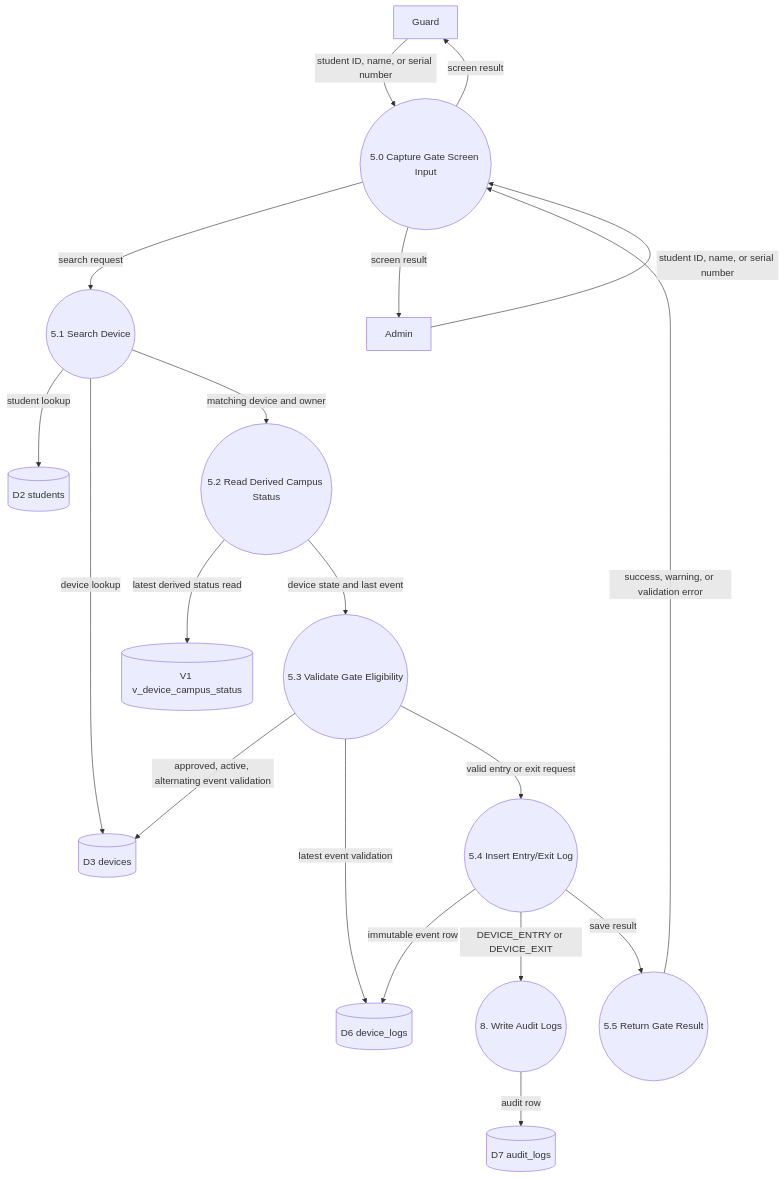
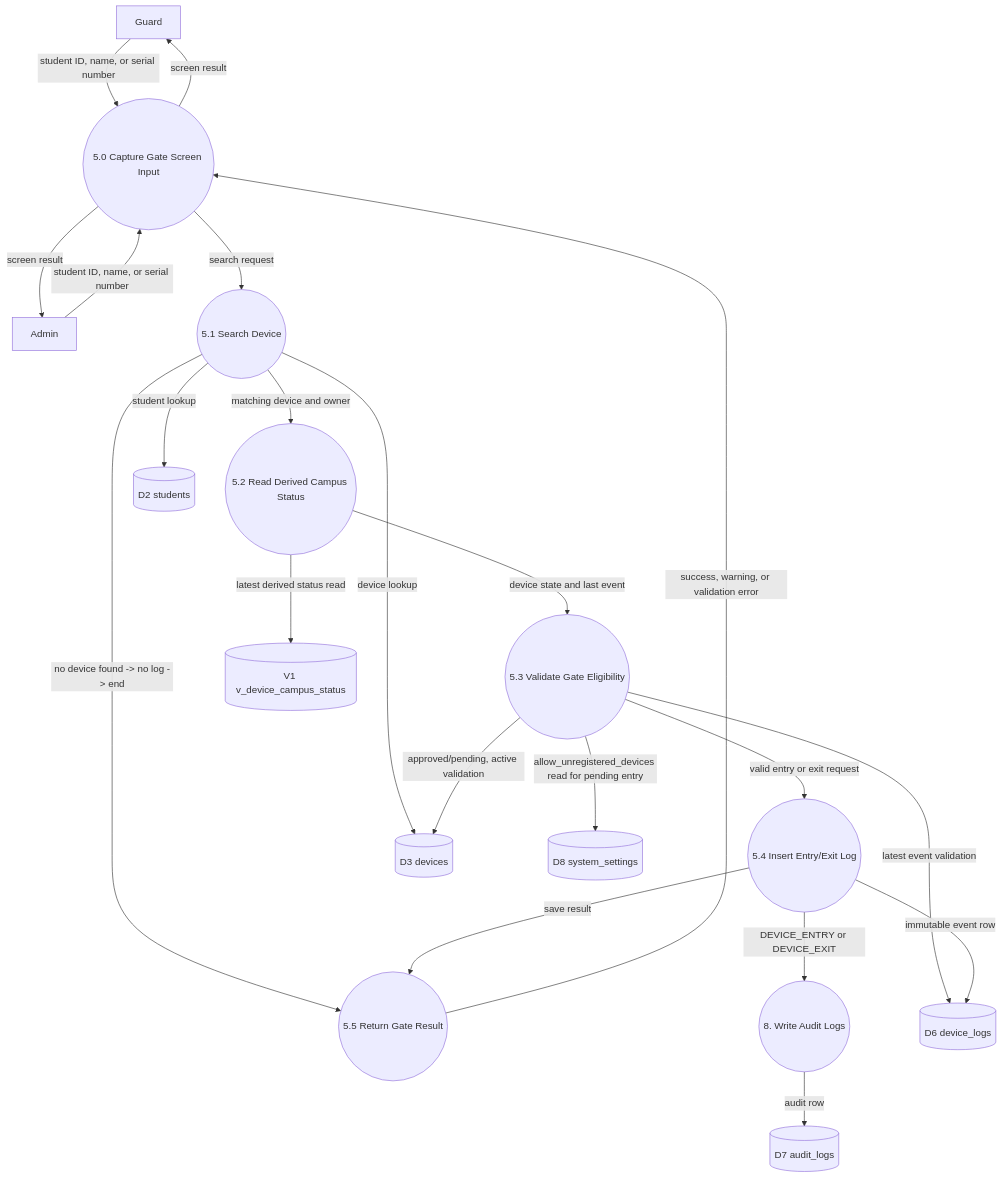
Before and after one commit to isnotfred/javafx-byod-client: the third of 6 diagrams in docs/system-analysis/14-data-flow-diagrams.md, drawn with Mermaid. The commit also changed other lines of this file and 48 other files, not shown here.

Commit message:
Update system analysis and architecture documentation

````diff
--- a/docs/system-analysis/14-data-flow-diagrams.md
+++ b/docs/system-analysis/14-data-flow-diagrams.md
@@ -149,38 +176,41 @@
 ```mermaid
 flowchart TB
     Guard["Guard"]
     Admin["Admin"]
 
     P50(("5.0 Capture Gate Screen Input"))
     P51(("5.1 Search Device"))
     P52(("5.2 Read Derived Campus Status"))
     P53(("5.3 Validate Gate Eligibility"))
     P54(("5.4 Insert Entry/Exit Log"))
     P55(("5.5 Return Gate Result"))
     P8(("8. Write Audit Logs"))
 
     D2[("D2 students")]
     D3[("D3 devices")]
     D6[("D6 device_logs")]
     D7[("D7 audit_logs")]
+    D8[("D8 system_settings")]
     V1[("V1 v_device_campus_status")]
 
     Guard -->|"student ID, name, or serial number"| P50
     Admin -->|"student ID, name, or serial number"| P50
     P50 -->|"search request"| P51
     P51 -->|"student lookup"| D2
     P51 -->|"device lookup"| D3
+    P51 -->|"no device found -> no log -> end"| P55
     P51 -->|"matching device and owner"| P52
     P52 -->|"latest derived status read"| V1
     P52 -->|"device state and last event"| P53
-    P53 -->|"approved, active, alternating event validation"| D3
+    P53 -->|"approved/pending, active validation"| D3
+    P53 -->|"allow_unregistered_devices read for pending entry"| D8
     P53 -->|"latest event validation"| D6
     P53 -->|"valid entry or exit request"| P54
     P54 -->|"immutable event row"| D6
     P54 -->|"DEVICE_ENTRY or DEVICE_EXIT"| P8
     P8 -->|"audit row"| D7
     P54 -->|"save result"| P55
     P55 -->|"success, warning, or validation error"| P50
     P50 -->|"screen result"| Guard
     P50 -->|"screen result"| Admin
 ```
````
